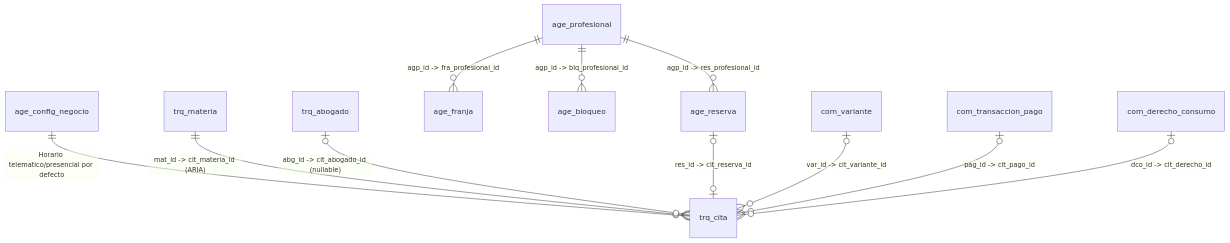
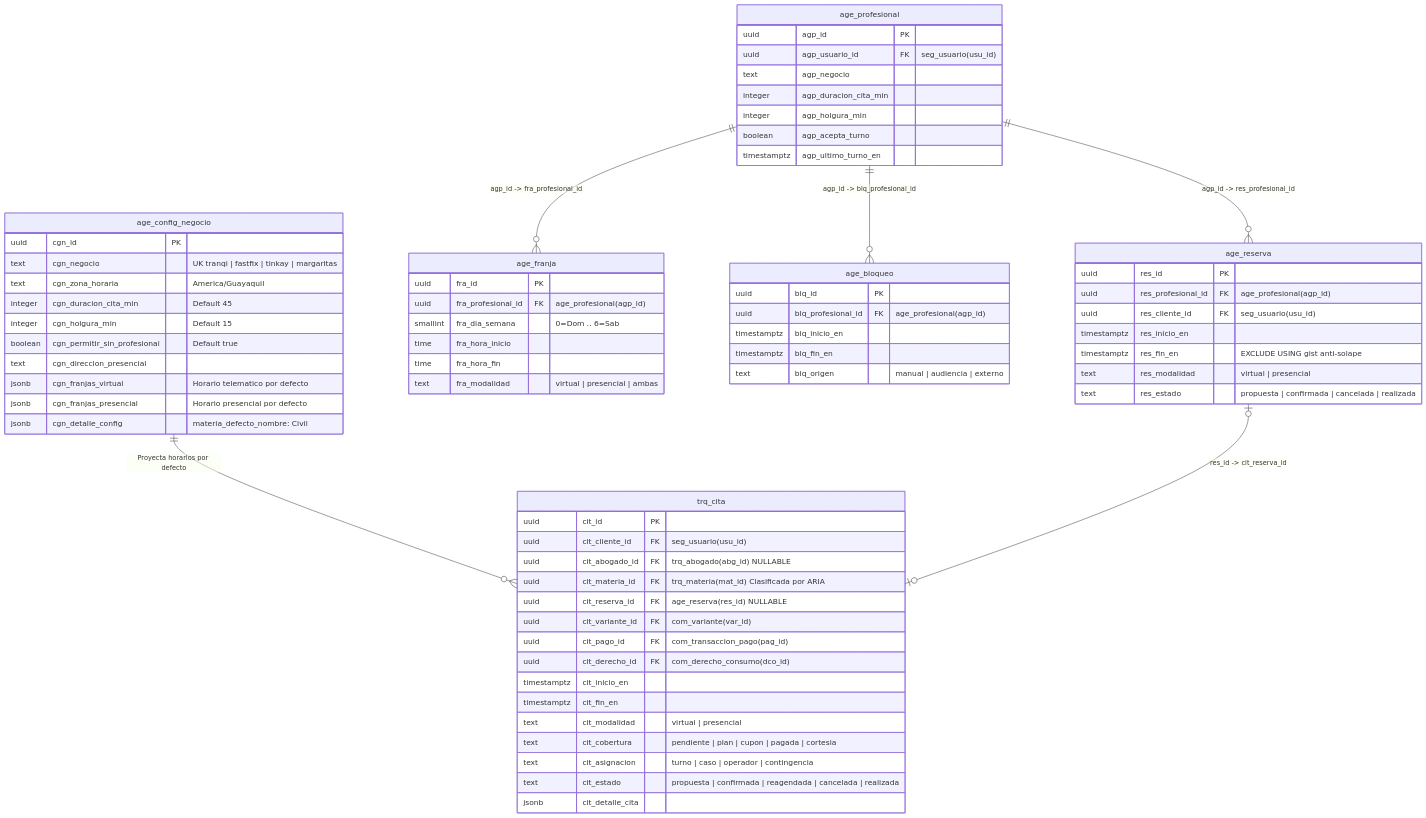
One commit to klebertoapantadev/ecosistema changed the third of 5 diagrams in gobernanza/arquitectura/modelo-datos-ecosistema.md. Above: the diagram before and after it, drawn with Mermaid. The commit also changed other lines of this file and 1 other file, not shown here.

Commit message:
docs(arquitectura): agregar modelo grafico interactivo de la BDD y diagramas ER detallados

````diff
--- a/gobernanza/arquitectura/modelo-datos-ecosistema.md
+++ b/gobernanza/arquitectura/modelo-datos-ecosistema.md
@@ -63,13 +224,71 @@
 ```mermaid
 erDiagram
-    age_config_negocio ||--o{ trq_cita : "Horario telematico/presencial por defecto"
-    trq_materia ||--o{ trq_cita : "mat_id -> cit_materia_id (ARIA)"
-    trq_abogado |o--o{ trq_cita : "abg_id -> cit_abogado_id (nullable)"
+    age_config_negocio {
+        uuid cgn_id PK
+        text cgn_negocio "UK tranqi | fastfix | tinkay | margaritas"
+        text cgn_zona_horaria "America/Guayaquil"
+        integer cgn_duracion_cita_min "Default 45"
+        integer cgn_holgura_min "Default 15"
+        boolean cgn_permitir_sin_profesional "Default true"
+        text cgn_direccion_presencial
+        jsonb cgn_franjas_virtual "Horario telematico por defecto"
+        jsonb cgn_franjas_presencial "Horario presencial por defecto"
+        jsonb cgn_detalle_config "materia_defecto_nombre: Civil"
+    }
+    age_profesional {
+        uuid agp_id PK
+        uuid agp_usuario_id FK "seg_usuario(usu_id)"
+        text agp_negocio
+        integer agp_duracion_cita_min
+        integer agp_holgura_min
+        boolean agp_acepta_turno
+        timestamptz agp_ultimo_turno_en
+    }
+    age_franja {
+        uuid fra_id PK
+        uuid fra_profesional_id FK "age_profesional(agp_id)"
+        smallint fra_dia_semana "0=Dom .. 6=Sab"
+        time fra_hora_inicio
+        time fra_hora_fin
+        text fra_modalidad "virtual | presencial | ambas"
+    }
+    age_bloqueo {
+        uuid blq_id PK
+        uuid blq_profesional_id FK "age_profesional(agp_id)"
+        timestamptz blq_inicio_en
+        timestamptz blq_fin_en
+        text blq_origen "manual | audiencia | externo"
+    }
+    age_reserva {
+        uuid res_id PK
+        uuid res_profesional_id FK "age_profesional(agp_id)"
+        uuid res_cliente_id FK "seg_usuario(usu_id)"
+        timestamptz res_inicio_en
+        timestamptz res_fin_en "EXCLUDE USING gist anti-solape"
+        text res_modalidad "virtual | presencial"
+        text res_estado "propuesta | confirmada | cancelada | realizada"
+    }
+    trq_cita {
+        uuid cit_id PK
+        uuid cit_cliente_id FK "seg_usuario(usu_id)"
+        uuid cit_abogado_id FK "trq_abogado(abg_id) NULLABLE"
+        uuid cit_materia_id FK "trq_materia(mat_id) Clasificada por ARIA"
+        uuid cit_reserva_id FK "age_reserva(res_id) NULLABLE"
+        uuid cit_variante_id FK "com_variante(var_id)"
+        uuid cit_pago_id FK "com_transaccion_pago(pag_id)"
+        uuid cit_derecho_id FK "com_derecho_consumo(dco_id)"
+        timestamptz cit_inicio_en
+        timestamptz cit_fin_en
+        text cit_modalidad "virtual | presencial"
+        text cit_cobertura "pendiente | plan | cupon | pagada | cortesia"
+        text cit_asignacion "turno | caso | operador | contingencia"
+        text cit_estado "propuesta | confirmada | reagendada | cancelada | realizada"
+        jsonb cit_detalle_cita
+    }
+
+    age_config_negocio ||--o{ trq_cita : "Proyecta horarios por defecto"
     age_profesional ||--o{ age_franja : "agp_id -> fra_profesional_id"
     age_profesional ||--o{ age_bloqueo : "agp_id -> blq_profesional_id"
     age_profesional ||--o{ age_reserva : "agp_id -> res_profesional_id"
     age_reserva |o--o| trq_cita : "res_id -> cit_reserva_id"
-    com_variante |o--o{ trq_cita : "var_id -> cit_variante_id"
-    com_transaccion_pago |o--o{ trq_cita : "pag_id -> cit_pago_id"
-    com_derecho_consumo |o--o{ trq_cita : "dco_id -> cit_derecho_id"
 ```
````
